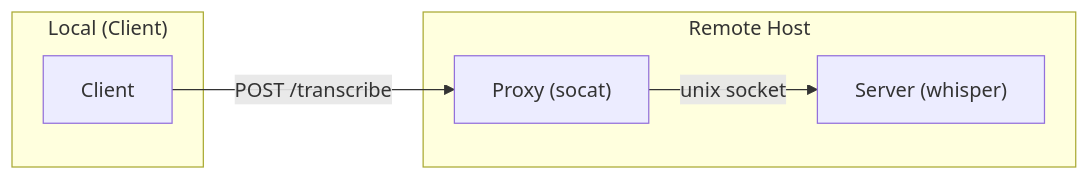
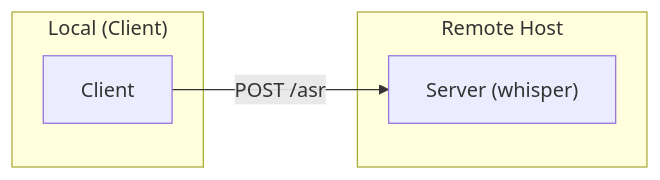
The second of 2 diagrams in README.md (pdcalado/waste), drawn with Mermaid before and after one commit. The commit also changed other lines of this file and 8 other files, not shown here.

````diff
--- a/README.md
+++ b/README.md
@@ -77,15 +73,13 @@
 ```mermaid
 flowchart LR
 
  subgraph "Remote Host"
     S["Server (whisper)"]
-    P["Proxy (socat)"]
  end
 
  subgraph "Local (Client)"
     C[Client]
  end
 
- P -->|unix socket| S
- C -->|"POST /transcribe"| P
+ C -->|"POST /asr"| S
 ```
````
